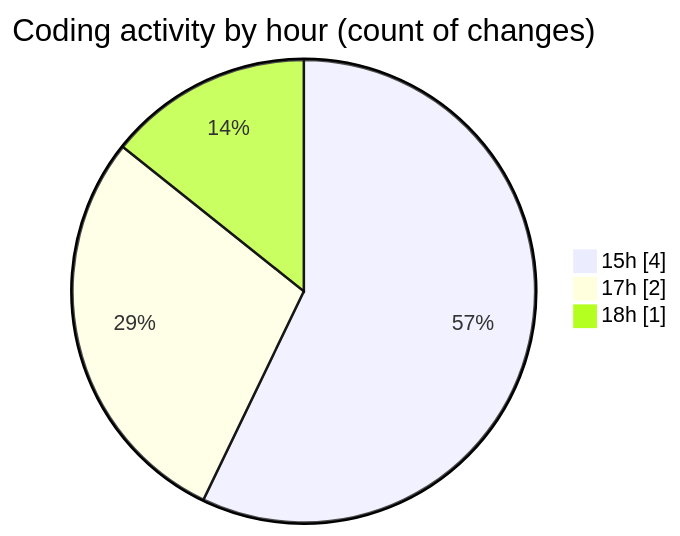
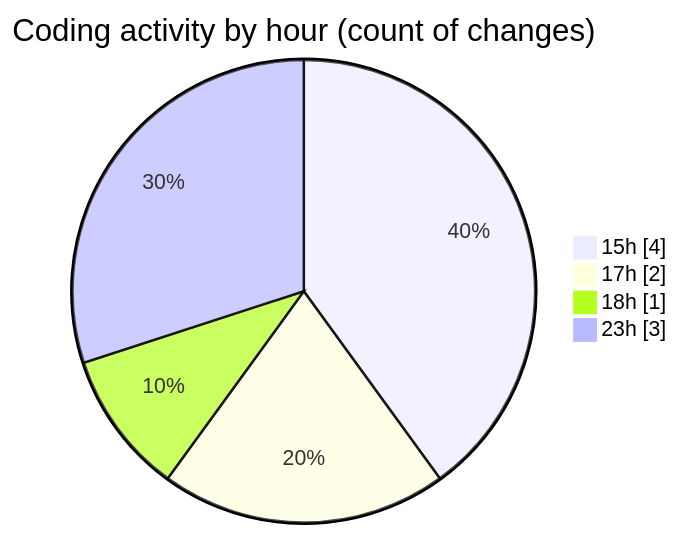
The second of 2 diagrams in 2025-11-18/eventscop-api-guide__workspace_/README.md (julien-gomy/code-tracking), drawn with Mermaid before and after one commit. The commit also changed other lines of this file and 1 other file, not shown here.

````diff
--- a/2025-11-18/eventscop-api-guide__workspace_/README.md
+++ b/2025-11-18/eventscop-api-guide__workspace_/README.md
@@ -30,7 +31,8 @@
 ```mermaid
 pie showData
 title Coding activity by hour (count of changes)
 "15h" : 4
 "17h" : 2
 "18h" : 1
+"23h" : 3
 ```
````
